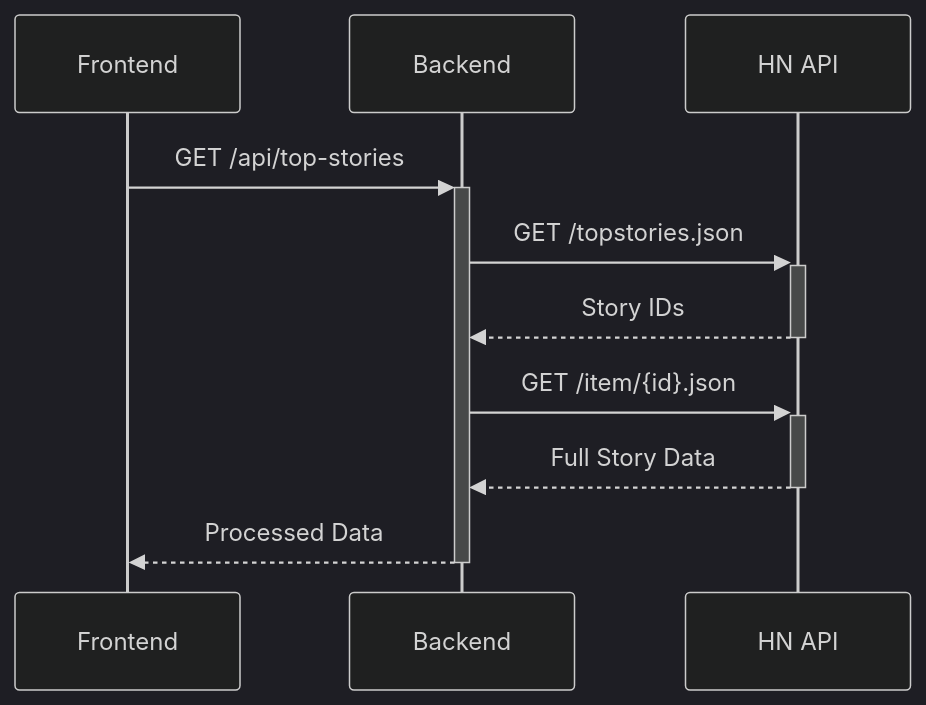
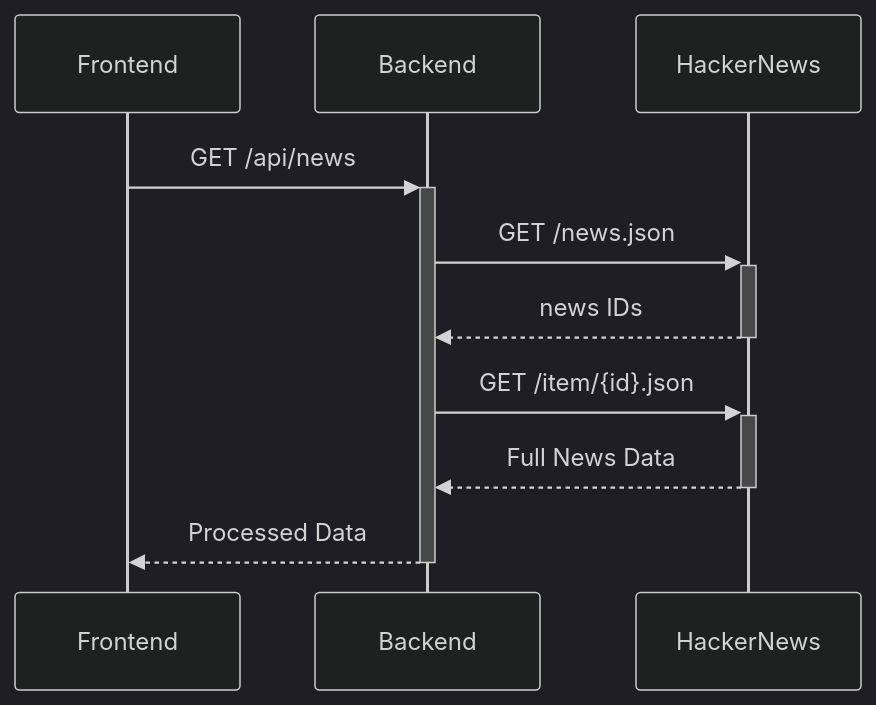
Before and after one commit to desnes/web-crawler: the diagram in README.md, drawn with Mermaid (dark theme). The commit also changed other lines of this file, not shown here.

````diff
--- a/README.md
+++ b/README.md
@@ -54,9 +87,9 @@
 ```mermaid
 sequenceDiagram
-    Frontend->>+Backend: GET /api/top-stories
-    Backend->>+HN API: GET /topstories.json
-    HN API-->>-Backend: Story IDs
-    Backend->>+HN API: GET /item/{id}.json
-    HN API-->>-Backend: Full Story Data
+    Frontend->>+Backend: GET /api/news
+    Backend->>+HackerNews: GET /news.json
+    HackerNews-->>-Backend: news IDs
+    Backend->>+HackerNews: GET /item/{id}.json
+    HackerNews-->>-Backend: Full News Data
     Backend-->>-Frontend: Processed Data    
 ```
````
